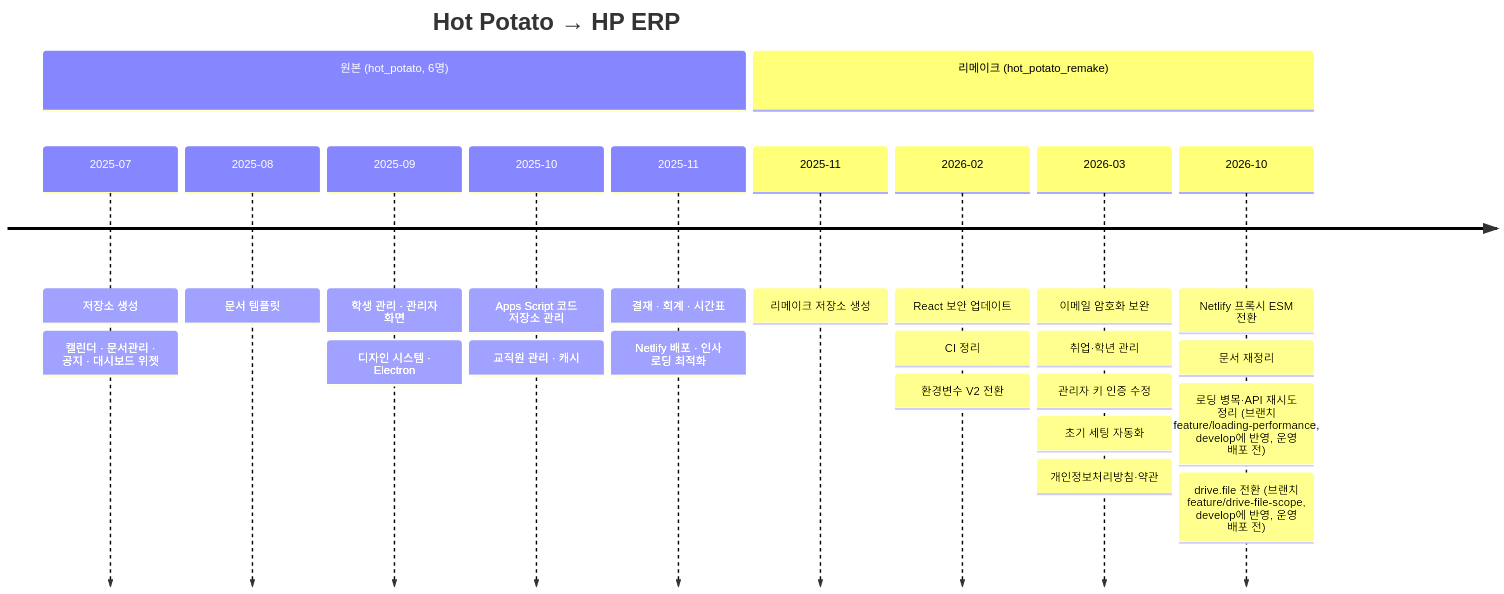
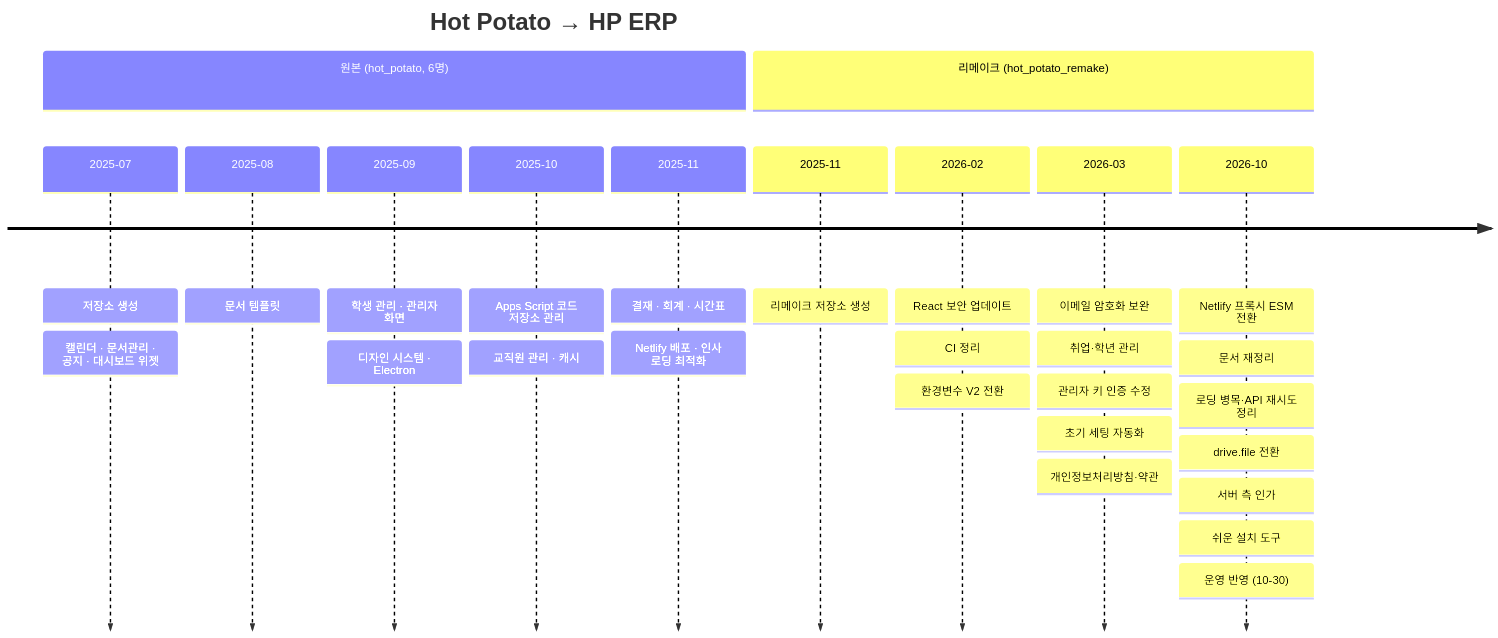
The diagram in docs/STATUS.md (semicolon213/hot_potato_remake), drawn with Mermaid before and after one commit. The commit also changed other lines of this file and 14 other files, not shown here.

````diff
--- a/docs/STATUS.md
+++ b/docs/STATUS.md
@@ -57,15 +60,15 @@
 ```mermaid
 timeline
     title Hot Potato → HP ERP
     section 원본 (hot_potato, 6명)
         2025-07 : 저장소 생성 : 캘린더 · 문서관리 · 공지 · 대시보드 위젯
         2025-08 : 문서 템플릿
         2025-09 : 학생 관리 · 관리자 화면 : 디자인 시스템 · Electron
         2025-10 : Apps Script 코드 저장소 관리 : 교직원 관리 · 캐시
         2025-11 : 결재 · 회계 · 시간표 : Netlify 배포 · 인사 로딩 최적화
     section 리메이크 (hot_potato_remake)
         2025-11 : 리메이크 저장소 생성
         2026-02 : React 보안 업데이트 : CI 정리 : 환경변수 V2 전환
         2026-03 : 이메일 암호화 보완 : 취업·학년 관리 : 관리자 키 인증 수정 : 초기 세팅 자동화 : 개인정보처리방침·약관
-        2026-10 : Netlify 프록시 ESM 전환 : 문서 재정리 : 로딩 병목·API 재시도 정리 (브랜치 feature/loading-performance, develop에 반영, 운영 배포 전) : drive.file 전환 (브랜치 feature/drive-file-scope, develop에 반영, 운영 배포 전)
+        2026-10 : Netlify 프록시 ESM 전환 : 문서 재정리 : 로딩 병목·API 재시도 정리 : drive.file 전환 : 서버 측 인가 : 쉬운 설치 도구 : 운영 반영 (10-30)
 ```
````
